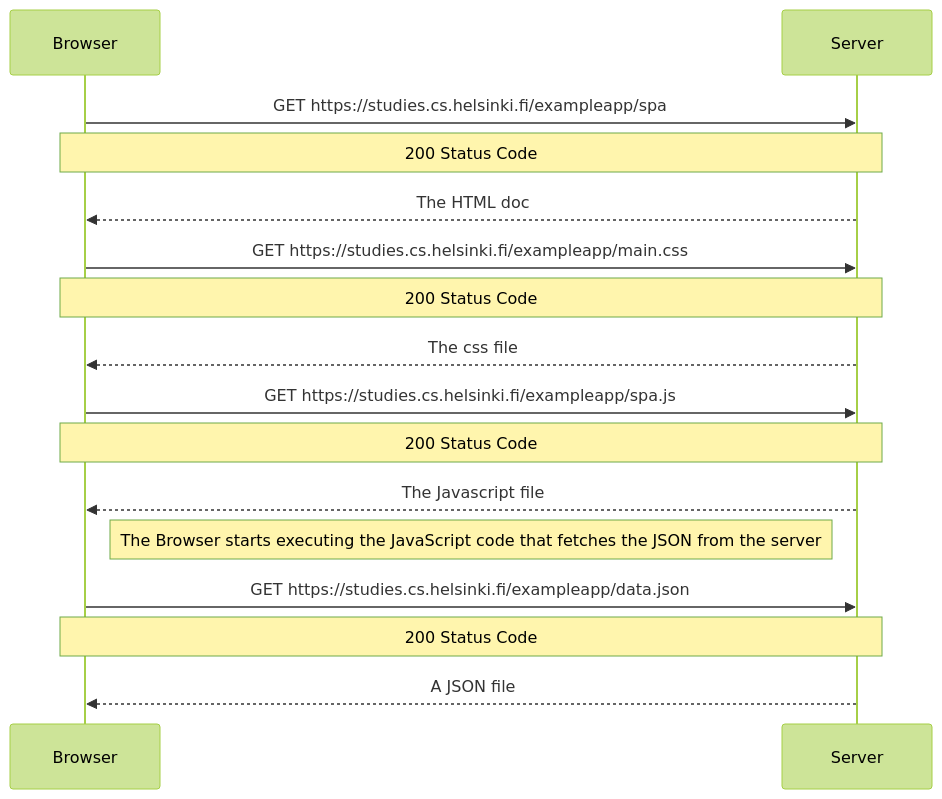
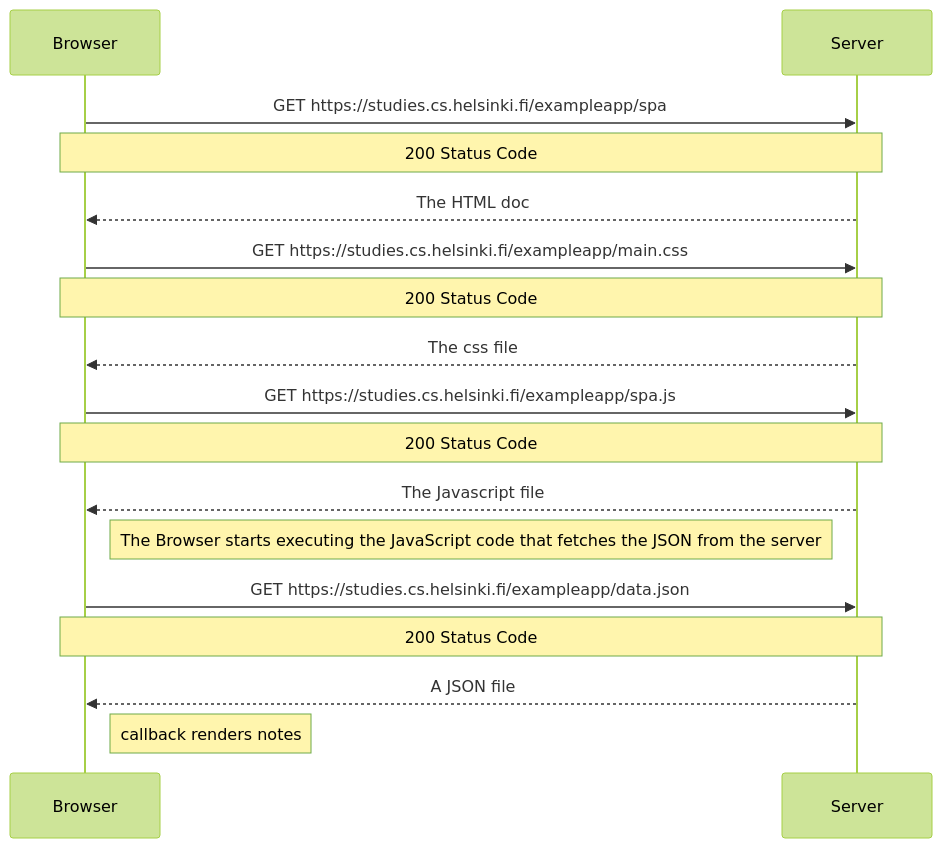
One commit to Blaez-maker/Submissions changed the diagram in Exercise05.md. Above: the diagram before and after it, drawn with Mermaid (forest theme).

````diff
--- a/Exercise05.md
+++ b/Exercise05.md
@@ -1,21 +1,22 @@
 ```mermaid
 sequenceDiagram
 
 Browser->>Server: GET https://studies.cs.helsinki.fi/exampleapp/spa
 Note over Browser,Server: 200 Status Code
 Server-->>Browser: The HTML doc
 
 Browser->>Server: GET https://studies.cs.helsinki.fi/exampleapp/main.css
 Note over Browser,Server: 200 Status Code
 Server-->>Browser: The css file
 
 Browser->>Server: GET https://studies.cs.helsinki.fi/exampleapp/spa.js
 Note over Browser,Server: 200 Status Code
 Server-->>Browser: The Javascript file
 
 Note right of Browser: The Browser starts executing the JavaScript code that fetches the JSON from the server
 
 Browser->>Server: GET https://studies.cs.helsinki.fi/exampleapp/data.json
 Note over Browser,Server: 200 Status Code
 Server-->>Browser: A JSON file
+Note right of Browser: callback renders notes
 ```
````
